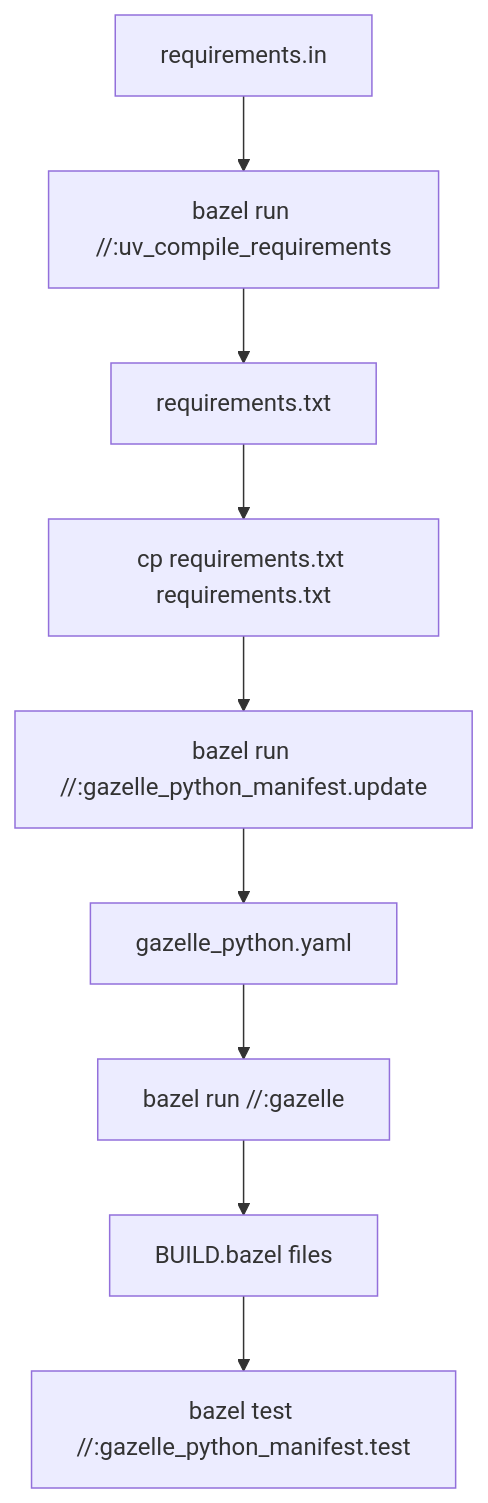
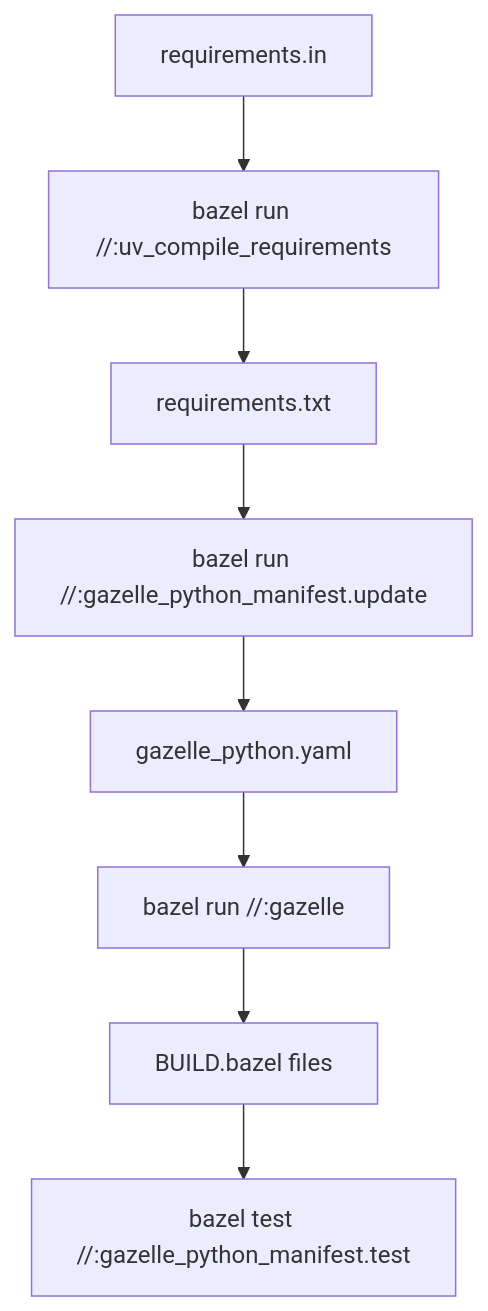
Before and after one commit to hduc-le/bazel-demo: the first of 2 diagrams in README.md, drawn with Mermaid.

````diff
--- a/README.md
+++ b/README.md
@@ -243,11 +243,10 @@
 ```mermaid
 graph TD
     A[requirements.in] --> B[bazel run //:uv_compile_requirements]
     B --> C[requirements.txt]
-    C --> D[cp requirements.txt requirements.txt]
-    D --> E[bazel run //:gazelle_python_manifest.update]
-    E --> F[gazelle_python.yaml]
-    F --> G[bazel run //:gazelle]
-    G --> H[BUILD.bazel files]
-    H --> I[bazel test //:gazelle_python_manifest.test]
+    C --> D[bazel run //:gazelle_python_manifest.update]
+    D --> E[gazelle_python.yaml]
+    E --> F[bazel run //:gazelle]
+    F --> G[BUILD.bazel files]
+    G --> H[bazel test //:gazelle_python_manifest.test]
 ```
````
